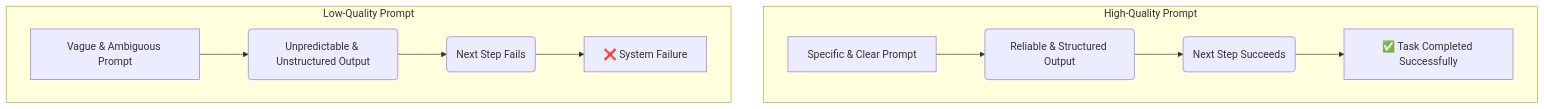
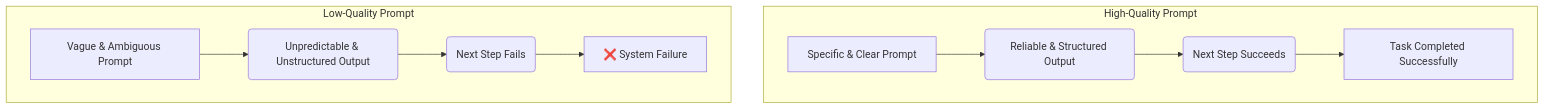
One commit to Ashjha75/MyDocs changed the diagram in src/content/docs/context/ai-path-docs/chapter-2/1-foundation.md. Above: the diagram before and after it, drawn with Mermaid. The commit also changed 16 other files, not shown here.

````diff
--- a/src/content/docs/context/ai-path-docs/chapter-2/1-foundation.md
+++ b/src/content/docs/context/ai-path-docs/chapter-2/1-foundation.md
@@ -35,14 +35,14 @@
     ```mermaid
     graph TD
         subgraph "High-Quality Prompt"
             A[Specific & Clear Prompt] --> B(Reliable & Structured Output);
             B --> C(Next Step Succeeds);
-            C --> D[✅ Task Completed Successfully];
+            C --> D[ Task Completed Successfully];
         end
 
         subgraph "Low-Quality Prompt"
             E[Vague & Ambiguous Prompt] --> F(Unpredictable & Unstructured Output);
             F --> G(Next Step Fails);
             G --> H[❌ System Failure];
         end
     ```
````
